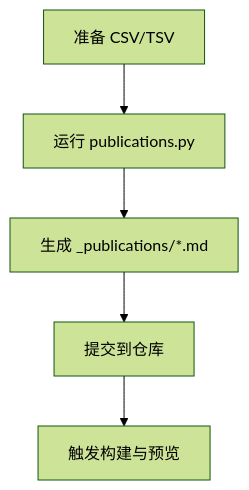
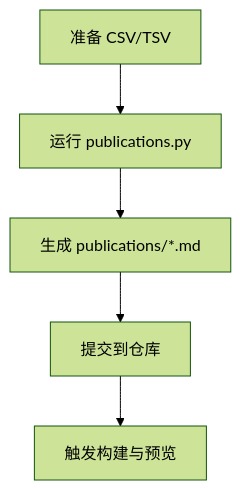
One commit to CoolPig0720/CoolPig0720.github.io changed the sixth of 7 diagrams in .qoder/repowiki/zh/content/内容管理系统/学术论文管理.md. Above: the diagram before and after it, drawn with Mermaid (forest theme). The commit also changed other lines of this file and 6 other files, not shown here.

````diff
--- a/.qoder/repowiki/zh/content/内容管理系统/学术论文管理.md
+++ b/.qoder/repowiki/zh/content/内容管理系统/学术论文管理.md
@@ -304,7 +261,7 @@
 ```mermaid
 flowchart TD
 A["准备 CSV/TSV"] --> B["运行 publications.py"]
-B --> C["生成 _publications/*.md"]
+B --> C["生成 publications/*.md"]
 C --> D["提交到仓库"]
 D --> E["触发构建与预览"]
 ```
````
